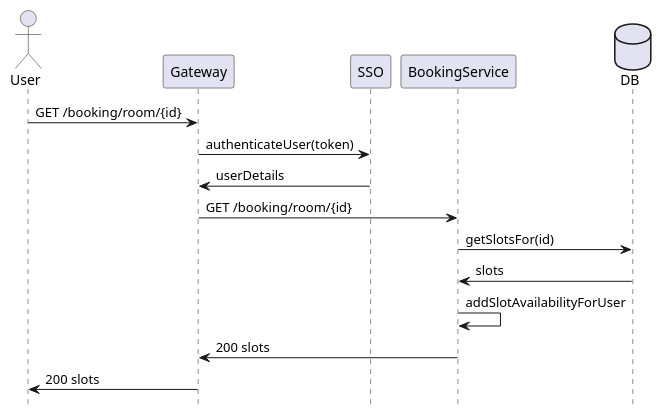
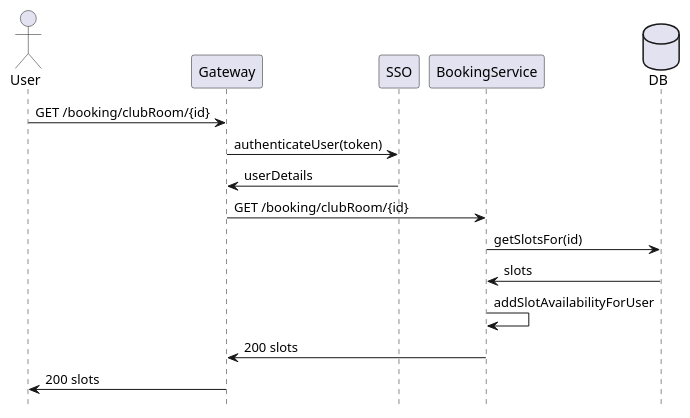
Before and after one commit to juanma-cvega/booking-engine: the diagram in docs/getAvailableSlots.puml, drawn with PlantUML. The commit also changed 86 other files, not shown here.

```diff
--- a/docs/getAvailableSlots.puml
+++ b/docs/getAvailableSlots.puml
@@ -1,16 +1,16 @@
 @startuml
 hide footbox
 
 actor User
-User -> Gateway: GET /booking/room/{id}
+User -> Gateway: GET /booking/clubRoom/{id}
 Gateway -> SSO: authenticateUser(token)
 SSO -> Gateway: userDetails
-Gateway -> BookingService: GET /booking/room/{id}
+Gateway -> BookingService: GET /booking/clubRoom/{id}
 database DB
 BookingService -> DB: getSlotsFor(id)
 DB -> BookingService: slots
 BookingService -> BookingService: addSlotAvailabilityForUser
 BookingService -> Gateway:200 slots
 Gateway -> User: 200 slots
 
 @enduml
```
